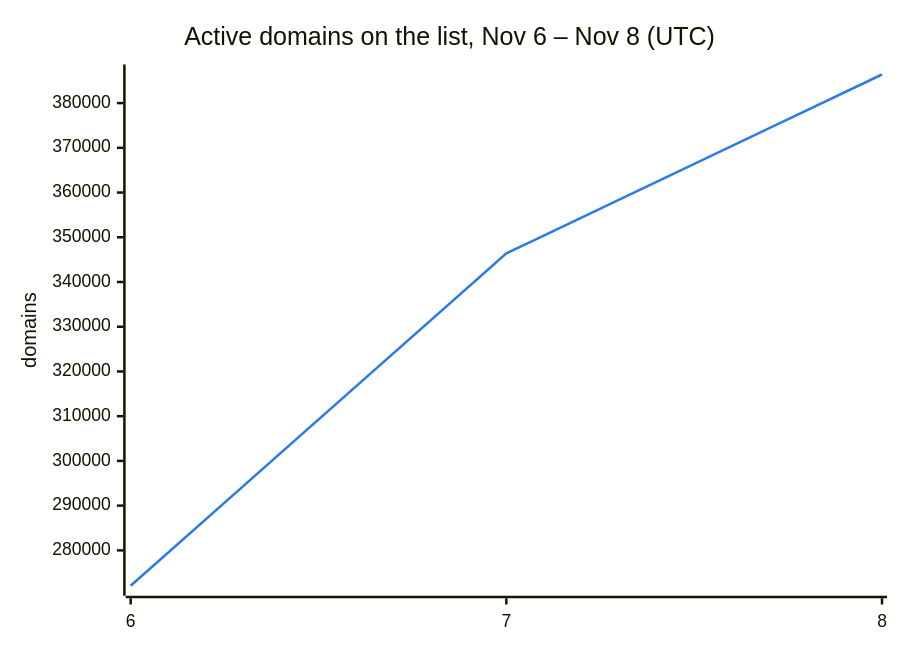
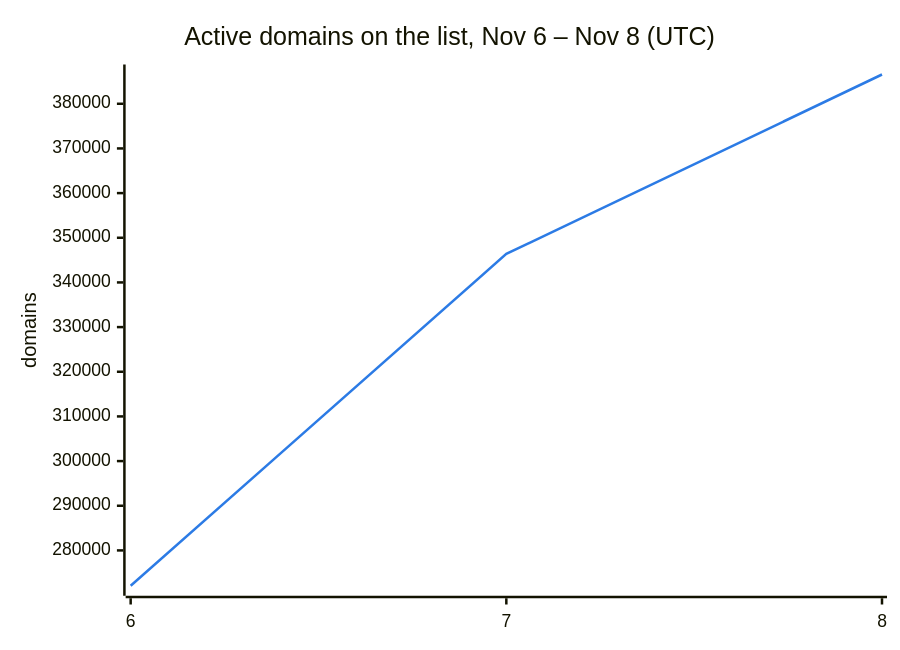
Before and after one commit to DNSBunker/CTI: the second of 3 diagrams in README.md, drawn with Mermaid. The commit also changed other lines of this file and 3 other files, not shown here.

````diff
--- a/README.md
+++ b/README.md
@@ -38,8 +38,8 @@
 ```mermaid
 %%{init: {"themeVariables": {"xyChart": {"plotColorPalette": "#2c7be5"}}}}%%
 xychart-beta
     title "Active domains on the list, Nov 6 – Nov 8 (UTC)"
     x-axis ["6", "7", "8"]
     y-axis "domains"
-    line [272088, 346388, 386391]
+    line [272088, 346388, 386555]
 ```
````
